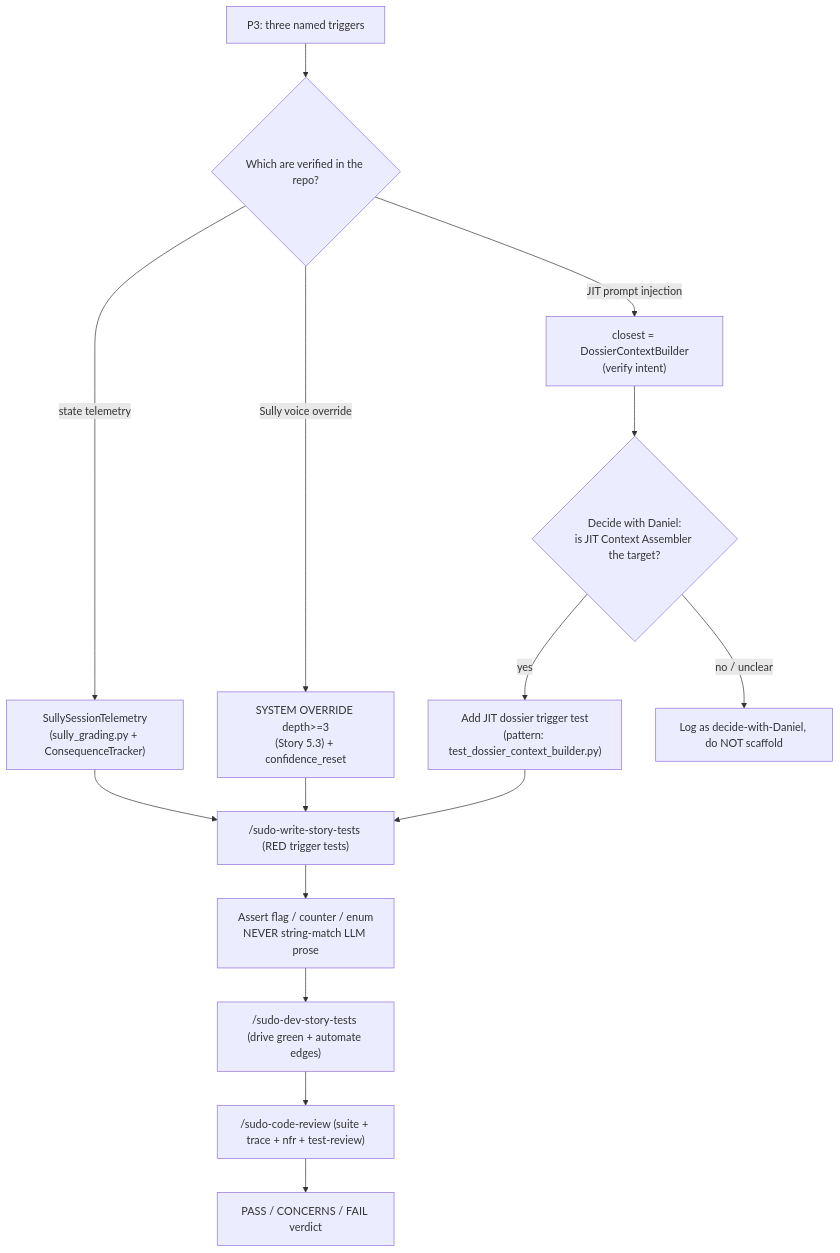
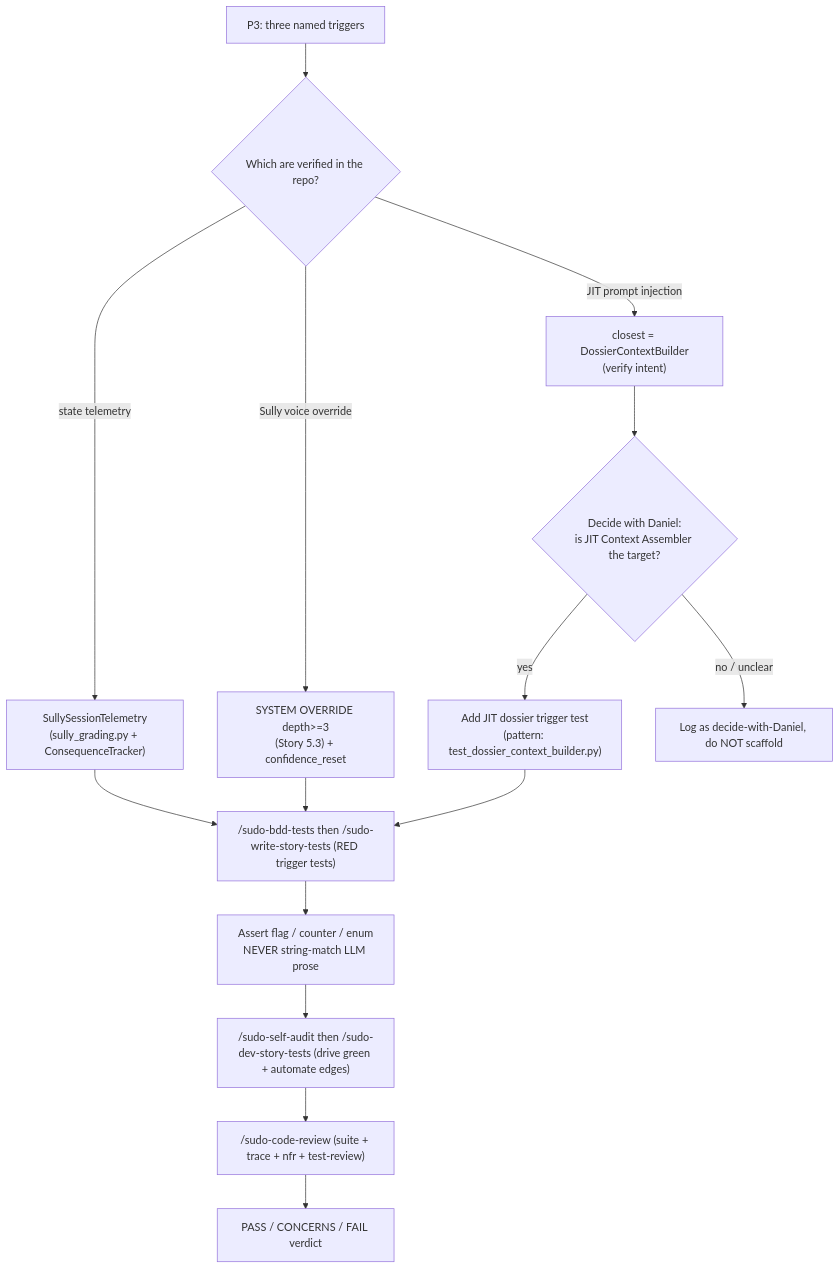
The fifth of 12 diagrams in _my_resources/open_tasks/tea_testing_guide.md (sudomadhatter/Sudo_Hatter_Command), drawn with Mermaid before and after one commit. The commit also changed other lines of this file and 7 other files, not shown here.

````diff
--- a/_my_resources/open_tasks/tea_testing_guide.md
+++ b/_my_resources/open_tasks/tea_testing_guide.md
@@ -332,17 +346,17 @@
 ```mermaid
 flowchart TD
     A["P3: three named triggers"] --> B{"Which are verified in the repo?"}
     B -->|"state telemetry"| T1["SullySessionTelemetry\n(sully_grading.py + ConsequenceTracker)"]
     B -->|"Sully voice override"| T2["SYSTEM OVERRIDE depth&gt;=3\n(Story 5.3) + confidence_reset"]
     B -->|"JIT prompt injection"| T3["closest = DossierContextBuilder\n(verify intent)"]
     T3 --> D{"Decide with Daniel:\nis JIT Context Assembler the target?"}
     D -->|"yes"| T3b["Add JIT dossier trigger test\n(pattern: test_dossier_context_builder.py)"]
     D -->|"no / unclear"| HOLD["Log as decide-with-Daniel, do NOT scaffold"]
-    T1 --> W["/sudo-write-story-tests (RED trigger tests)"]
+    T1 --> W["/sudo-bdd-tests then /sudo-write-story-tests (RED trigger tests)"]
     T2 --> W
     T3b --> W
     W --> X["Assert flag / counter / enum\nNEVER string-match LLM prose"]
-    X --> Y["/sudo-dev-story-tests (drive green + automate edges)"]
+    X --> Y["/sudo-self-audit then /sudo-dev-story-tests (drive green + automate edges)"]
     Y --> Z["/sudo-code-review (suite + trace + nfr + test-review)"]
     Z --> V["PASS / CONCERNS / FAIL verdict"]
 ```
````
